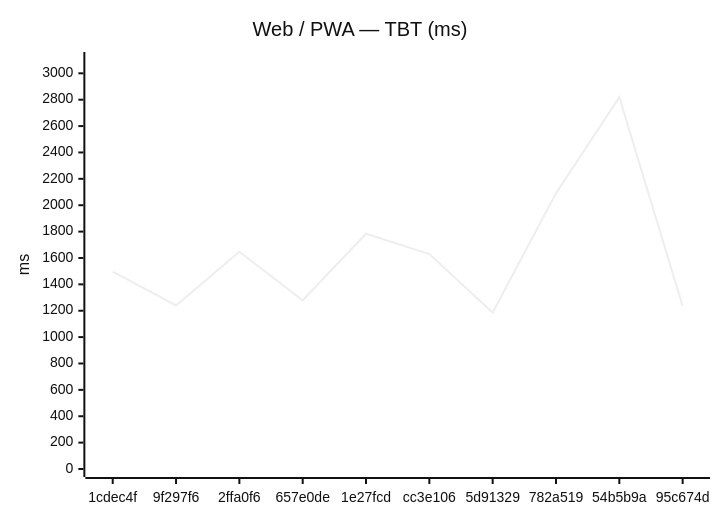
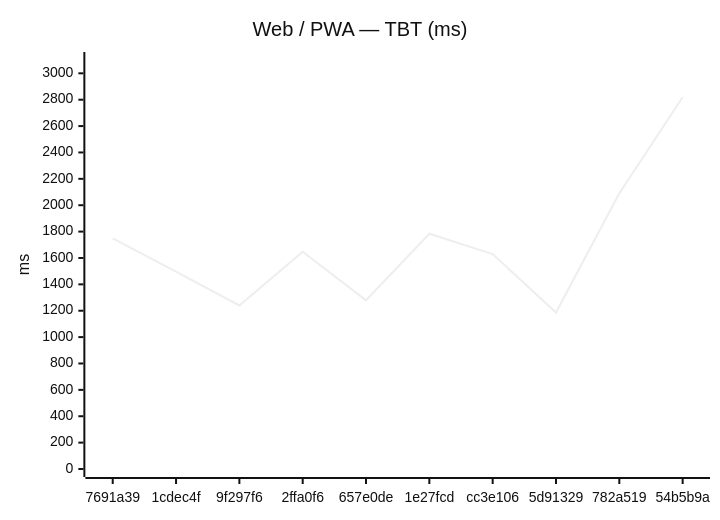
The second of 18 diagrams in benchmarks/compare.md (Metaheurist/Rianell), drawn with Mermaid (neutral theme) before and after one commit. The commit also changed other lines of this file and 11 other files, not shown here.

````diff
--- a/benchmarks/compare.md
+++ b/benchmarks/compare.md
@@ -31,7 +31,7 @@
 ```mermaid
 xychart-beta
     title "Web / PWA — TBT (ms)"
-    x-axis ["1cdec4f", "9f297f6", "2ffa0f6", "657e0de", "1e27fcd", "cc3e106", "5d91329", "782a519", "54b5b9a", "95c674d"]
+    x-axis ["7691a39", "1cdec4f", "9f297f6", "2ffa0f6", "657e0de", "1e27fcd", "cc3e106", "5d91329", "782a519", "54b5b9a"]
     y-axis "ms" 0 --> 3101
-    line [1497, 1240, 1647, 1279, 1784, 1630, 1186, 2090, 2819, 1235]
+    line [1749, 1497, 1240, 1647, 1279, 1784, 1630, 1186, 2090, 2819]
 ```
````
